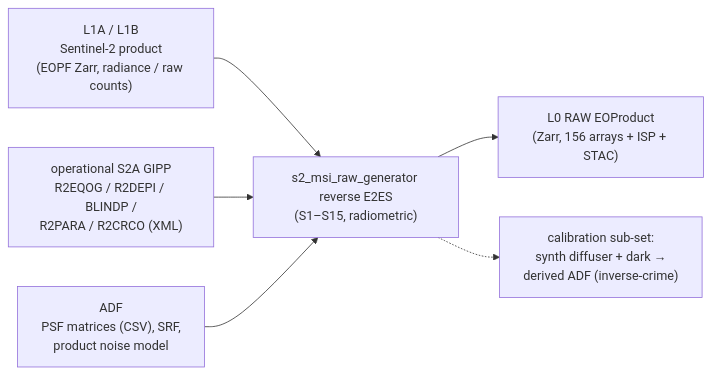
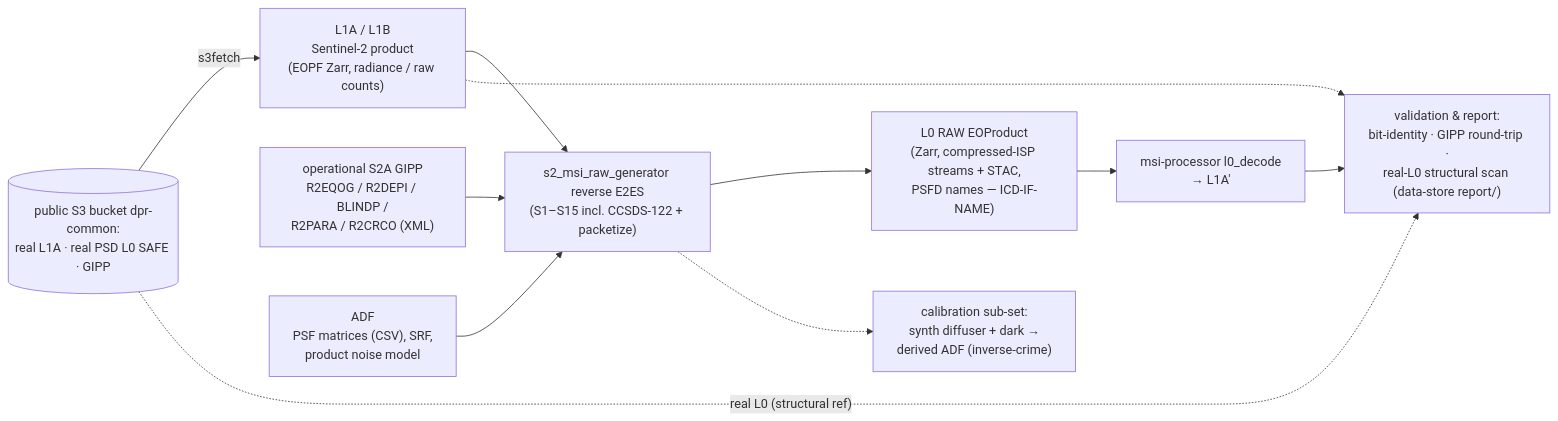
Before and after one commit to AstroCan17/s2-msi-raw-generator: the first of 2 diagrams in docs/dpm/context.md, drawn with Mermaid. The commit also changed 15 other files, not shown here.

Commit message:
feat(e2e): real-L1A driver + PSFD naming (ICD-IF-NAME) + stdlib S3 fetch + e2e-real-l1a CI job

````diff
--- a/docs/dpm/context.md
+++ b/docs/dpm/context.md
@@ -19,14 +19,21 @@
 ```mermaid
 flowchart LR
+    BKT[("public S3 bucket dpr-common:<br/>real L1A · real PSD L0 SAFE · GIPP")]
     L1["L1A / L1B<br/>Sentinel-2 product<br/>(EOPF Zarr, radiance / raw counts)"]
     GIPP["operational S2A GIPP<br/>R2EQOG / R2DEPI / BLINDP /<br/>R2PARA / R2CRCO (XML)"]
     ADF["ADF<br/>PSF matrices (CSV), SRF,<br/>product noise model"]
-    E2ES["s2_msi_raw_generator reverse E2ES<br/>(S1–S15, radiometric)"]
-    L0["L0 RAW EOProduct<br/>(Zarr, 156 arrays + ISP + STAC)"]
+    E2ES["s2_msi_raw_generator reverse E2ES<br/>(S1–S15 incl. CCSDS-122 + packetize)"]
+    L0["L0 RAW EOProduct<br/>(Zarr, compressed-ISP streams + STAC,<br/>PSFD names — ICD-IF-NAME)"]
     CAL["calibration sub-set:<br/>synth diffuser + dark →<br/>derived ADF (inverse-crime)"]
+    MSI["msi-processor l0_decode<br/>→ L1A′"]
+    REP["validation & report:<br/>bit-identity · GIPP round-trip ·<br/>real-L0 structural scan (data-store report/)"]
+    BKT -->|"s3fetch"| L1
+    BKT -.->|"real L0 (structural ref)"| REP
     L1 --> E2ES
     GIPP --> E2ES
     ADF --> E2ES
     E2ES --> L0
     E2ES -.-> CAL
+    L0 --> MSI --> REP
+    L1 -.-> REP
 ```
````
